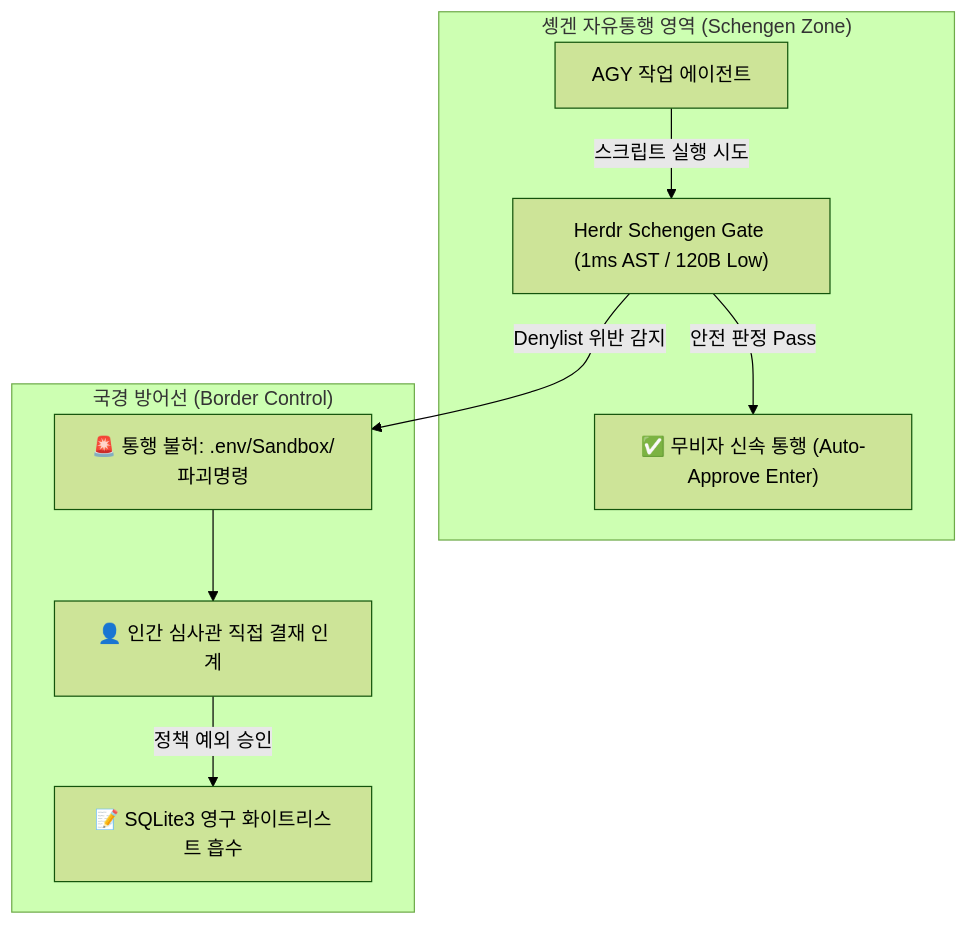
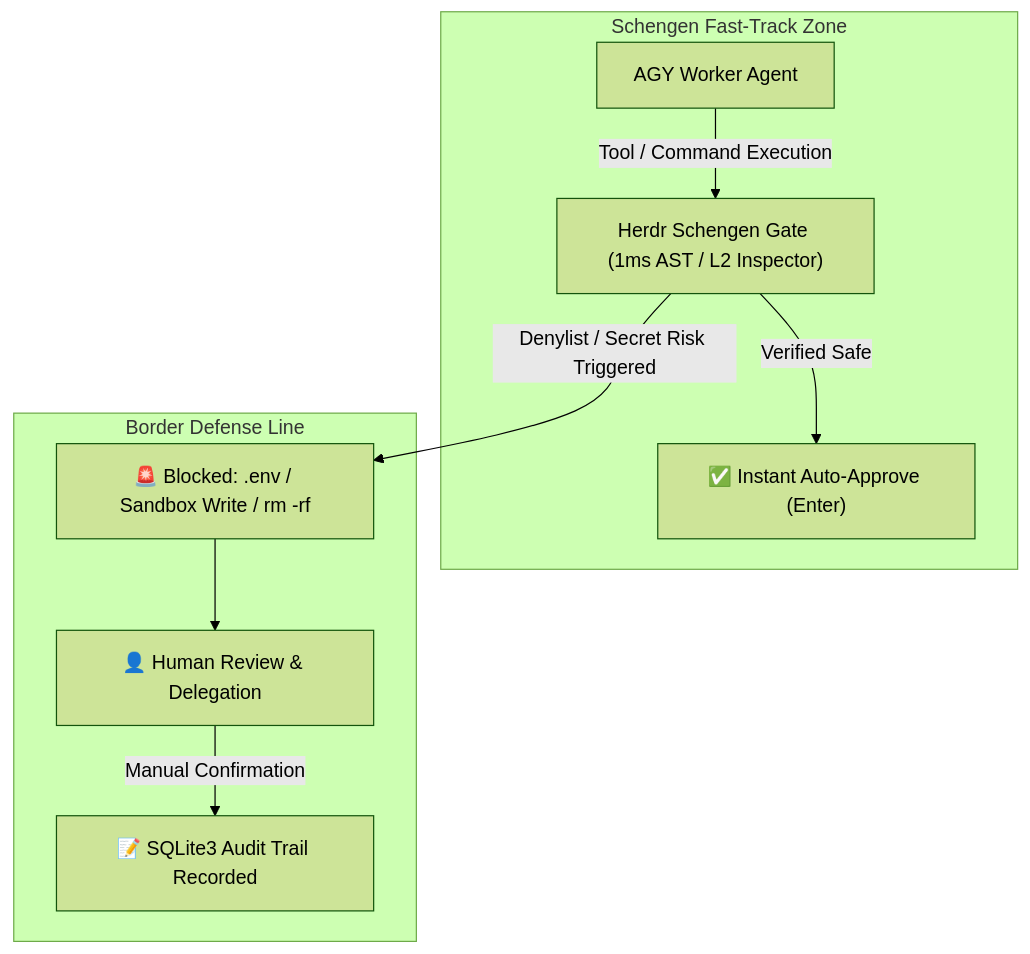
One commit to Salada/herdr-schengen changed the diagram in SKILL.md. Above: the diagram before and after it, drawn with Mermaid (forest theme). The commit also changed other lines of this file and 1 other file, not shown here.

````diff
--- a/SKILL.md
+++ b/SKILL.md
@@ -51,13 +56,13 @@
 ```mermaid
 flowchart TD
-    subgraph Schengen_Zone ["솅겐 자유통행 영역 (Schengen Zone)"]
-        A["AGY 작업 에이전트"] -->|스크립트 실행 시도| B["Herdr Schengen Gate (1ms AST / 120B Low)"]
-        B -->|안전 판정 Pass| C["✅ 무비자 신속 통행 (Auto-Approve Enter)"]
+    subgraph Schengen_Zone ["Schengen Fast-Track Zone"]
+        A["AGY Worker Agent"] -->|Tool / Command Execution| B["Herdr Schengen Gate (1ms AST / L2 Inspector)"]
+        B -->|Verified Safe| C["✅ Instant Auto-Approve (Enter)"]
     end
 
-    subgraph Border_Control ["국경 방어선 (Border Control)"]
-        B -->|Denylist 위반 감지| D["🚨 통행 불허: .env/Sandbox/파괴명령"]
-        D --> E["👤 인간 심사관 직접 결재 인계"]
-        E -->|정책 예외 승인| F["📝 SQLite3 영구 화이트리스트 흡수"]
+    subgraph Border_Control ["Border Defense Line"]
+        B -->|Denylist / Secret Risk Triggered| D["🚨 Blocked: .env / Sandbox Write / rm -rf"]
+        D --> E["👤 Human Review & Delegation"]
+        E -->|Manual Confirmation| F["📝 SQLite3 Audit Trail Recorded"]
     end
 ```
````
